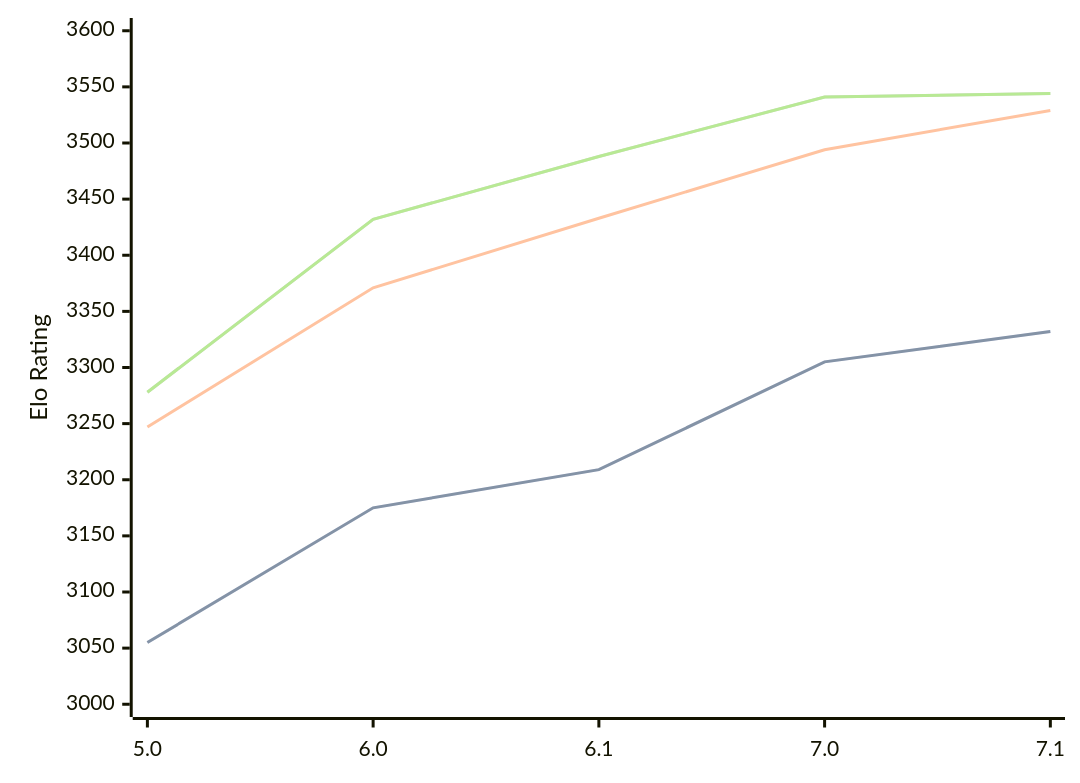
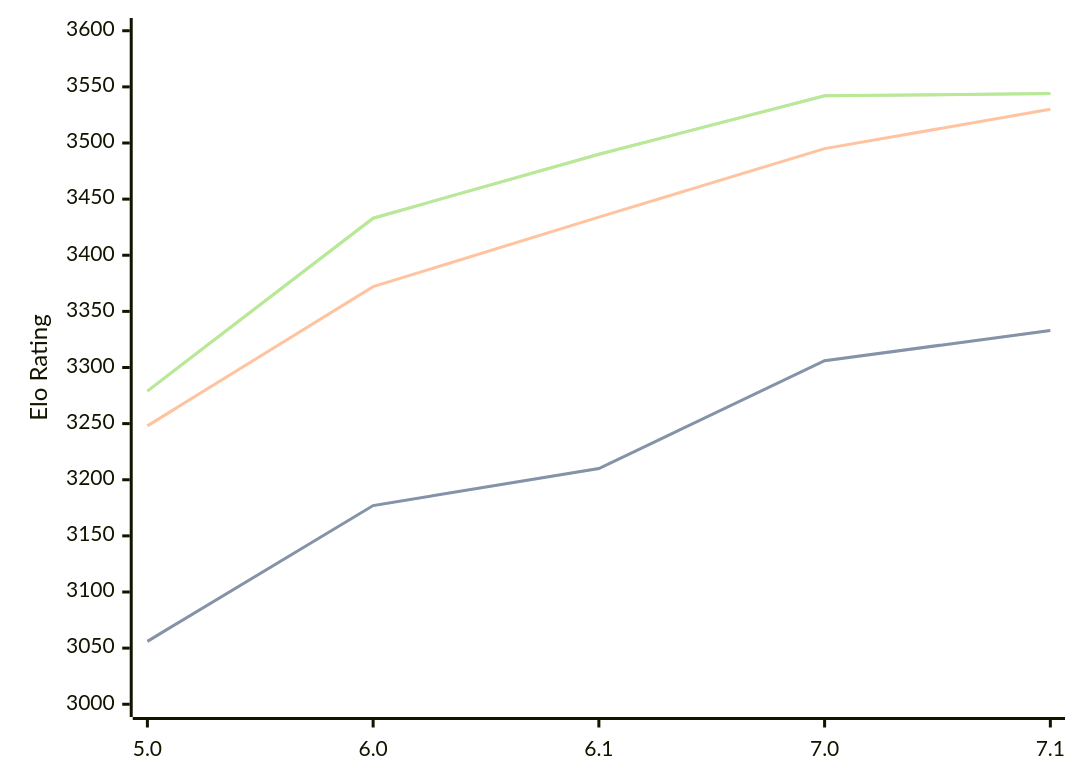
The diagram in engines/PZChessBot.md (computer-chess-index/cci), drawn with Mermaid before and after one commit. The commit also changed other lines of this file, not shown here.

Commit message:
Update CCI Ratings (ELO VLTC) - 2026-10-09

````diff
--- a/engines/PZChessBot.md
+++ b/engines/PZChessBot.md
@@ -35,11 +35,11 @@
 ```mermaid
 %%{init: {"theme":"base","themeVariables":{"seriesColors:['#a3a3a3','#222221','#faa371']}}}%%
 xychart-beta
   x-axis ["5.0", "6.0", "6.1", "7.0", "7.1"]
   y-axis "Elo Rating" 3000 --> 3600
-  line "" [3055, 3175, 3209, 3305, 3332]
-  line "STC (8.0+0.08s)" [3055, 3175, 3209, 3305, 3332]
-  line "LTC (60.0+0.60s)" [3247, 3371, 3433, 3494, 3529]
-  line "" [3278, 3432, 3488, 3541, 3544]
-  line "VLTC (2m24s+1.12s)" [3278, 3432, 3488, 3541, 3544]
+  line "" [3056, 3177, 3210, 3306, 3333]
+  line "STC (8.0+0.08s)" [3056, 3177, 3210, 3306, 3333]
+  line "LTC (60.0+0.60s)" [3248, 3372, 3434, 3495, 3530]
+  line "" [3279, 3433, 3490, 3542, 3544]
+  line "VLTC (2m24s+1.12s)" [3279, 3433, 3490, 3542, 3544]
 ```
````
